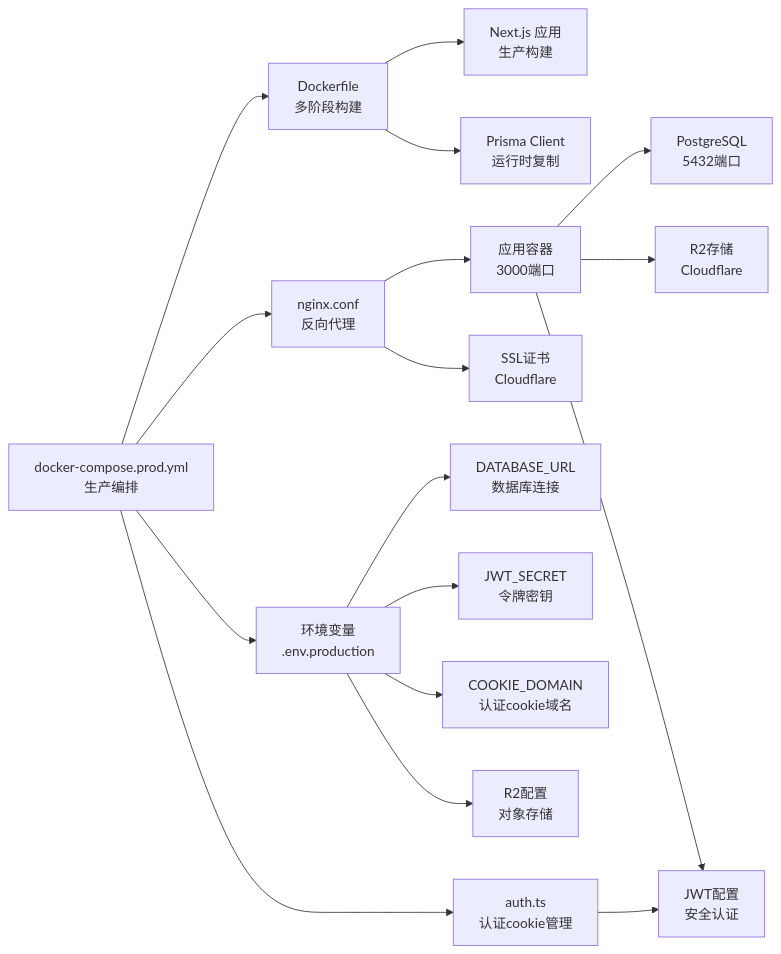
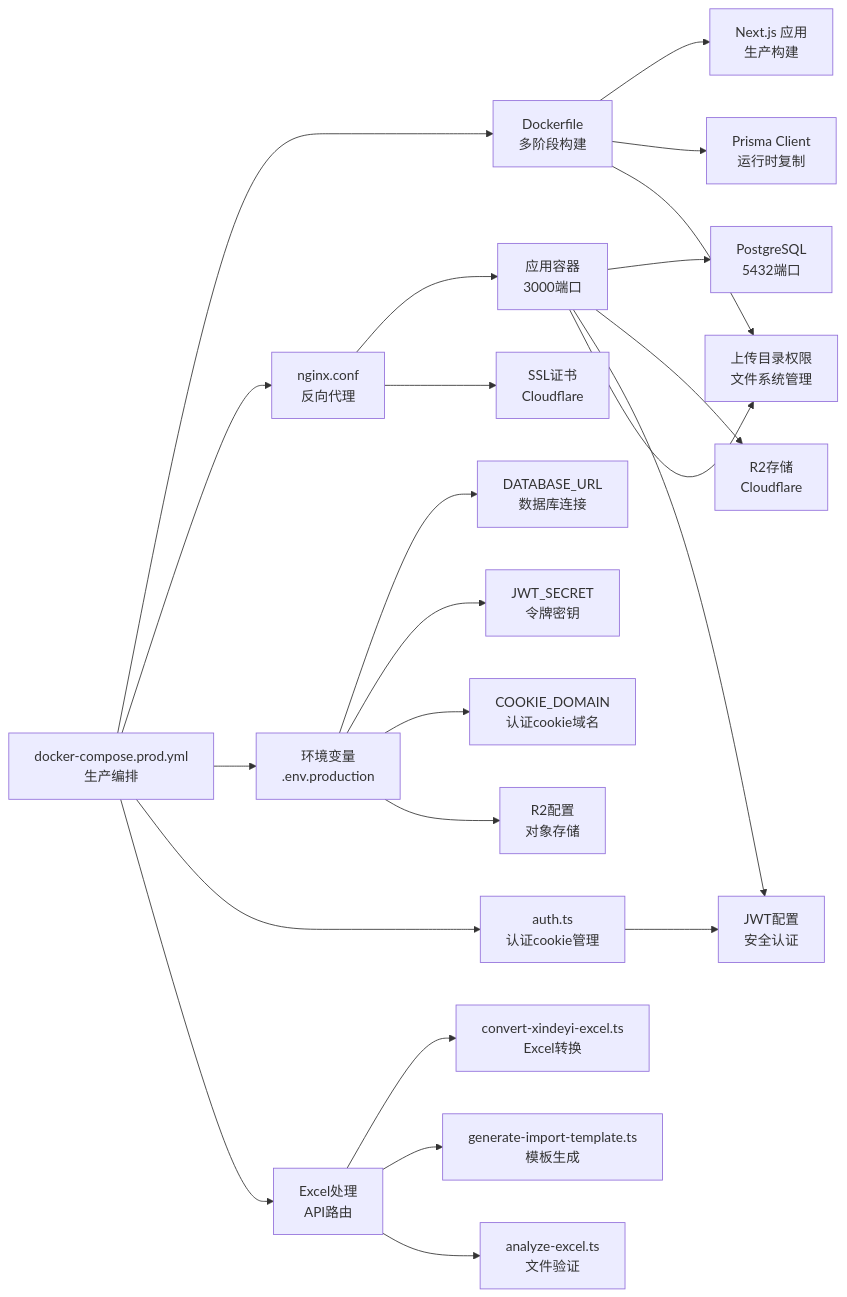
The third of 3 diagrams in .qoder/repowiki/zh/content/部署配置/部署配置.md (three3638-arch/celestia_2b), drawn with Mermaid before and after one commit. The commit also changed other lines of this file and 14 other files, not shown here.

````diff
--- a/.qoder/repowiki/zh/content/部署配置/部署配置.md
+++ b/.qoder/repowiki/zh/content/部署配置/部署配置.md
@@ -563,19 +615,25 @@
 ```mermaid
 graph LR
 DCP["docker-compose.prod.yml<br/>生产编排"] --> DFILE["Dockerfile<br/>多阶段构建"]
 DCP --> NGINXCFG["nginx.conf<br/>反向代理"]
 DCP --> ENV["环境变量<br/>.env.production"]
 DCP --> AUTH["auth.ts<br/>认证cookie管理"]
+DCP --> EXCEL["Excel处理<br/>API路由"]
+EXCEL --> CONVERT["convert-xindeyi-excel.ts<br/>Excel转换"]
+EXCEL --> TEMPLATE["generate-import-template.ts<br/>模板生成"]
+EXCEL --> ANALYZE["analyze-excel.ts<br/>文件验证"]
 AUTH --> JWT["jwt-config.ts<br/>JWT配置"]
 DFILE --> NEXT["Next.js 应用<br/>生产构建"]
 DFILE --> PRISMA["Prisma Client<br/>运行时复制"]
+DFILE --> UPLOADPERM["上传目录权限<br/>文件系统管理"]
 NGINXCFG --> APP["应用容器<br/>3000端口"]
 NGINXCFG --> SSL["SSL证书<br/>Cloudflare"]
 APP --> DB["PostgreSQL<br/>5432端口"]
 APP --> R2["R2存储<br/>Cloudflare"]
 APP --> JWT["JWT配置<br/>安全认证"]
+APP --> UPLOADPERM
 ENV --> DBURL["DATABASE_URL<br/>数据库连接"]
 ENV --> JWTSECRET["JWT_SECRET<br/>令牌密钥"]
 ENV --> COOKIEDOMAIN["COOKIE_DOMAIN<br/>认证cookie域名"]
 ENV --> R2CONFIG["R2配置<br/>对象存储"]
 ```
````
